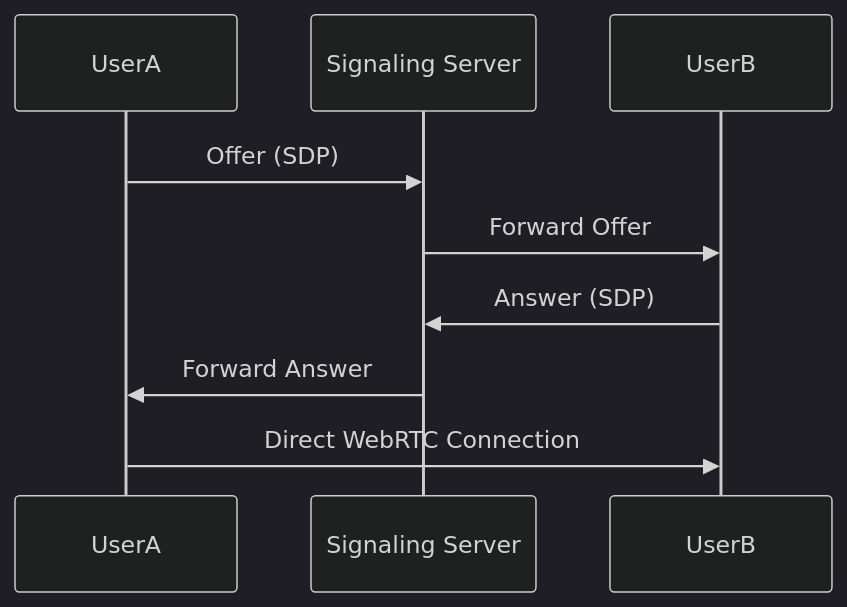
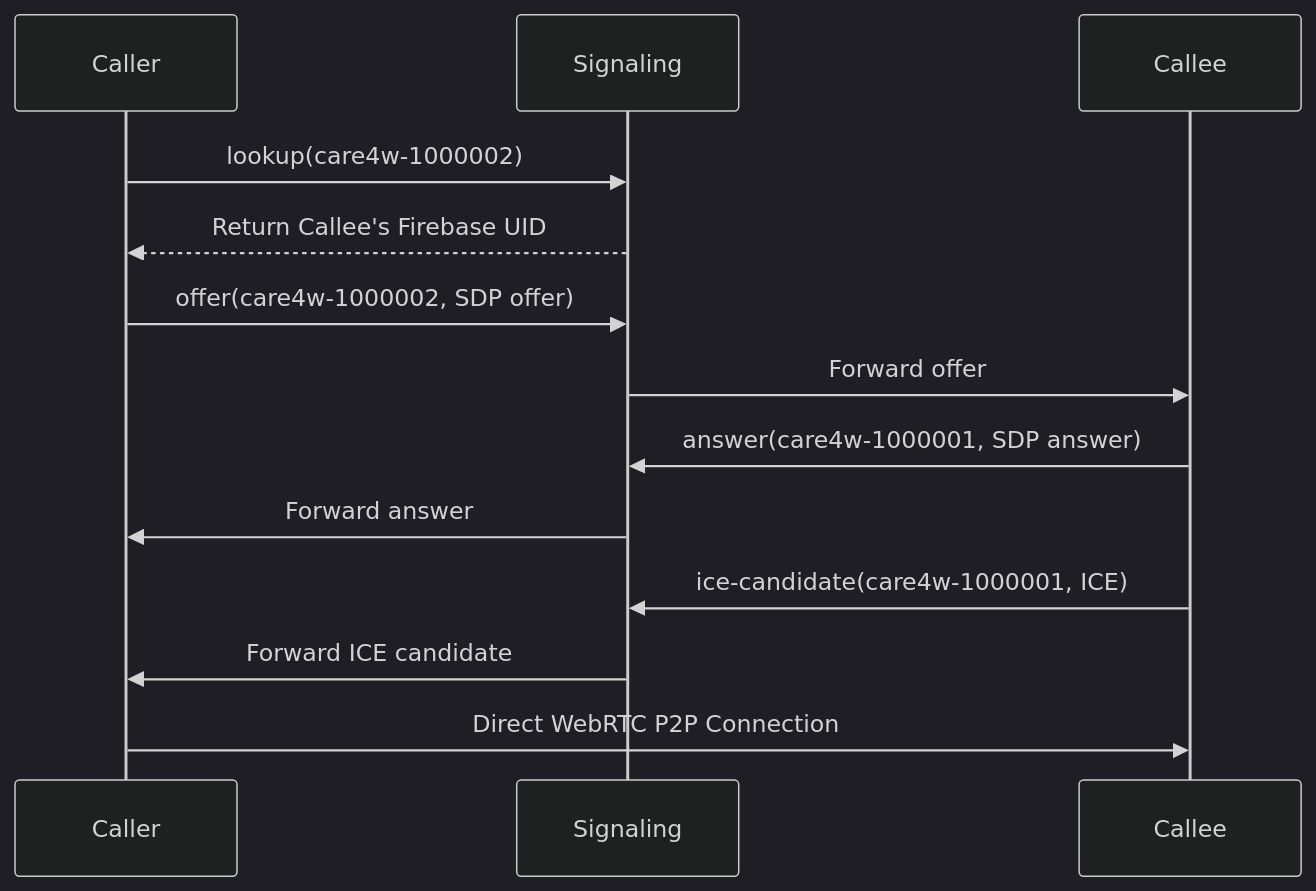
One commit to kn9ts/careflow changed the third of 3 diagrams in plans/WEBRTC_FALLBACK_ARCHITECTURE.md. Above: the diagram before and after it, drawn with Mermaid (dark theme). The commit also changed other lines of this file and 5 other files, not shown here.

First line of the commit message:
Add care4wId for WebRTC fallback calls

````diff
--- a/plans/WEBRTC_FALLBACK_ARCHITECTURE.md
+++ b/plans/WEBRTC_FALLBACK_ARCHITECTURE.md
@@ -61,12 +104,20 @@
 ```mermaid
 sequenceDiagram
-    participant UserA
-    participant Signaling Server
-    participant UserB
+    participant Caller
+    participant Signaling
+    participant Callee
 
-    UserA->>Signaling Server: Offer (SDP)
-    Signaling Server->>UserB: Forward Offer
-    UserB->>Signaling Server: Answer (SDP)
-    Signaling Server->>UserA: Forward Answer
-    UserA->>UserB: Direct WebRTC Connection
+    Caller->>Signaling: lookup(care4w-1000002)
+    Signaling-->>Caller: Return Callee's Firebase UID
+
+    Caller->>Signaling: offer(care4w-1000002, SDP offer)
+    Signaling->>Callee: Forward offer
+
+    Callee->>Signaling: answer(care4w-1000001, SDP answer)
+    Signaling->>Caller: Forward answer
+
+    Callee->>Signaling: ice-candidate(care4w-1000001, ICE)
+    Signaling->>Caller: Forward ICE candidate
+
+    Caller->>Callee: Direct WebRTC P2P Connection
 ```
````
